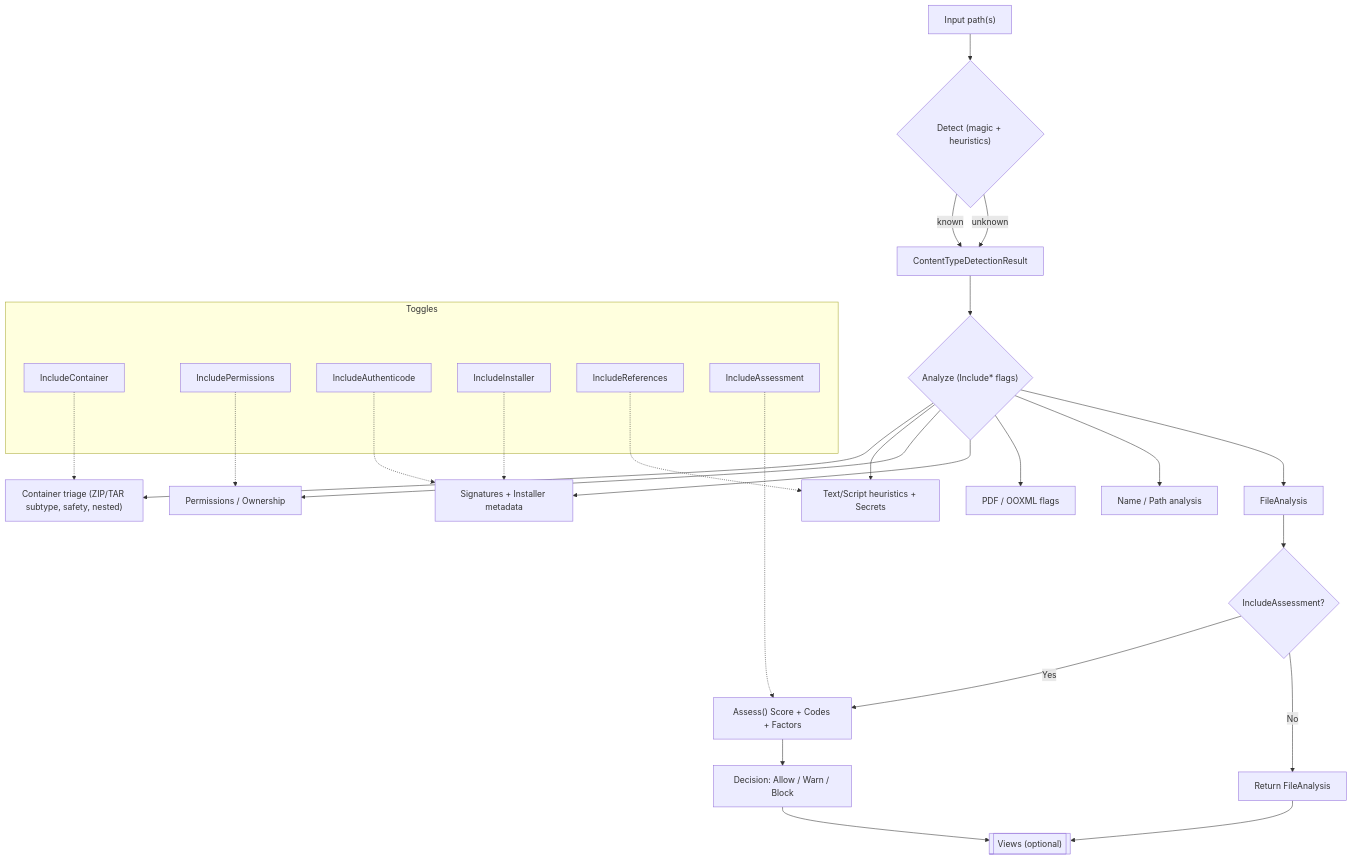
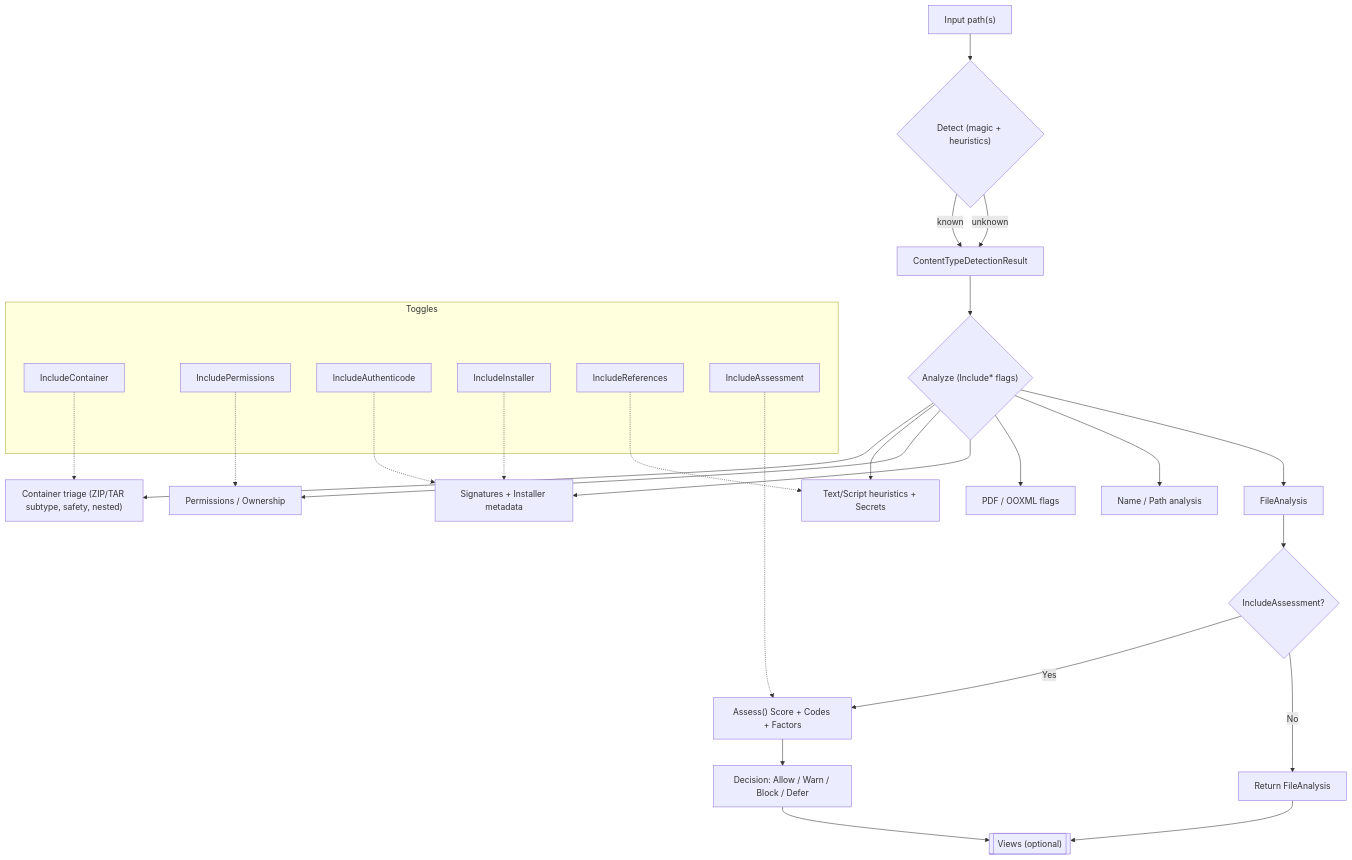
One commit to EvotecIT/FileInspectorX changed the diagram in README.MD. Above: the diagram before and after it, drawn with Mermaid. The commit also changed other lines of this file and 13 other files, not shown here.

````diff
--- a/README.MD
+++ b/README.MD
@@ -617,39 +635,39 @@
 ```mermaid
 flowchart TD
     A["Input path(s)"] --> B{"Detect (magic + heuristics)"}
     B -->|known| C["ContentTypeDetectionResult"]
     B -->|unknown| C
 
     C --> D{"Analyze (Include* flags)"}
     D --> D1["Container triage (ZIP/TAR subtype, safety, nested)"]
     D --> D2["Text/Script heuristics + Secrets"]
     D --> D3["Permissions / Ownership"]
     D --> D4["Signatures + Installer metadata"]
     D --> D5["PDF / OOXML flags"]
     D --> D6["Name / Path analysis"]
     D --> E["FileAnalysis"]
 
     E --> F{"IncludeAssessment?"}
     F -->|Yes| G["Assess() Score + Codes + Factors"]
     F -->|No| H["Return FileAnalysis"]
 
-    G --> I["Decision: Allow / Warn / Block"]
+    G --> I["Decision: Allow / Warn / Block / Defer"]
     I --> J[["Views (optional)"]]
     H --> J
 
     subgraph Toggles
       T1["IncludeContainer"]
       T2["IncludePermissions"]
       T3["IncludeAuthenticode"]
       T4["IncludeInstaller"]
       T5["IncludeReferences"]
       T6["IncludeAssessment"]
     end
 
     T1 -.-> D1
     T2 -.-> D3
     T3 -.-> D4
     T4 -.-> D4
     T5 -.-> D2
     T6 -.-> G
 ```
````
